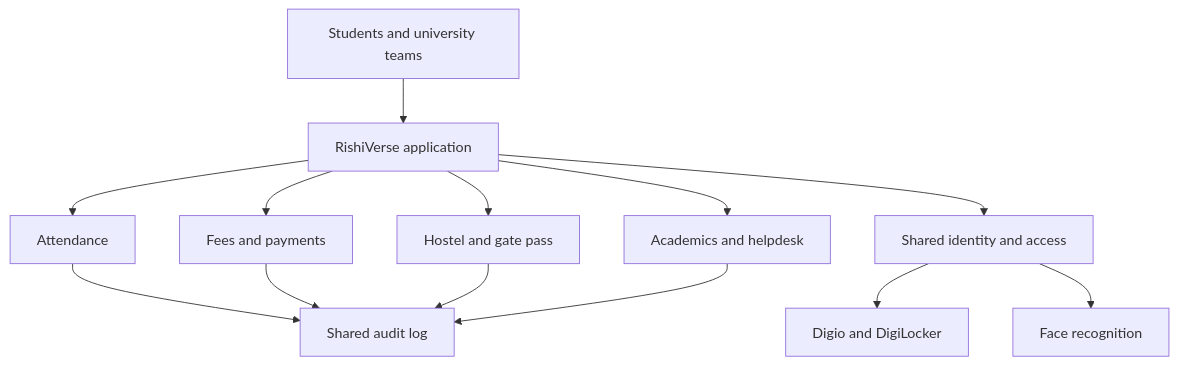
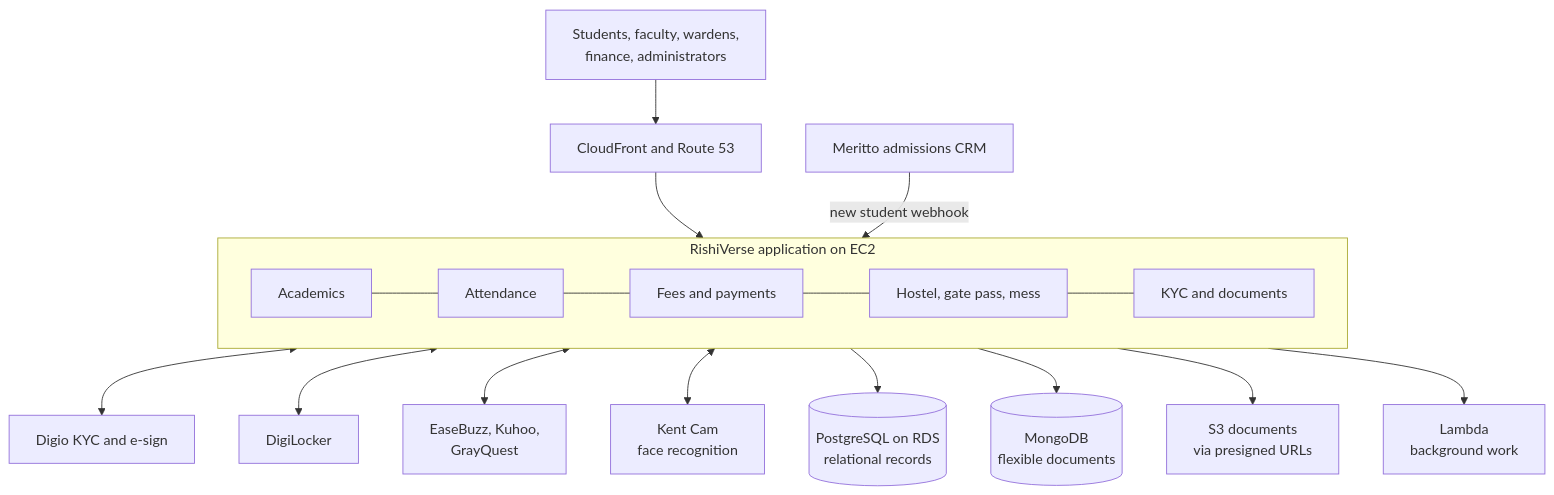
Before and after one commit to Newton-School/newtonschool-studio: the second of 4 diagrams in content/case-studies/rishiverse.md, drawn with Mermaid. The commit also changed other lines of this file and 6 other files, not shown here.

````diff
--- a/content/case-studies/rishiverse.md
+++ b/content/case-studies/rishiverse.md
@@ -56,15 +161,21 @@
 ```mermaid
 flowchart TB
-  U[Students and university teams] --> A[RishiVerse application]
-  A --> B[Attendance]
-  A --> C[Fees and payments]
-  A --> D[Hostel and gate pass]
-  A --> E[Academics and helpdesk]
-  A --> F[Shared identity and access]
-  F --> G[Digio and DigiLocker]
-  F --> H[Face recognition]
-  B --> I[Shared audit log]
-  C --> I
-  D --> I
-  E --> I
+  U[Students, faculty, wardens,<br/>finance, administrators] --> CF[CloudFront and Route 53]
+  CF --> API
+  subgraph API[RishiVerse application on EC2]
+    direction LR
+    A[Academics] --- AT[Attendance]
+    AT --- F[Fees and payments]
+    F --- H[Hostel, gate pass, mess]
+    H --- K[KYC and documents]
+  end
+  API --> PG[(PostgreSQL on RDS<br/>relational records)]
+  API --> MG[(MongoDB<br/>flexible documents)]
+  API --> S3[S3 documents<br/>via presigned URLs]
+  API --> L[Lambda<br/>background work]
+  K <--> DG[Digio KYC and e-sign]
+  K <--> DL[DigiLocker]
+  F <--> PGW[EaseBuzz, Kuhoo,<br/>GrayQuest]
+  H <--> KC[Kent Cam<br/>face recognition]
+  CRM[Meritto admissions CRM] -- new student webhook --> API
 ```
````
